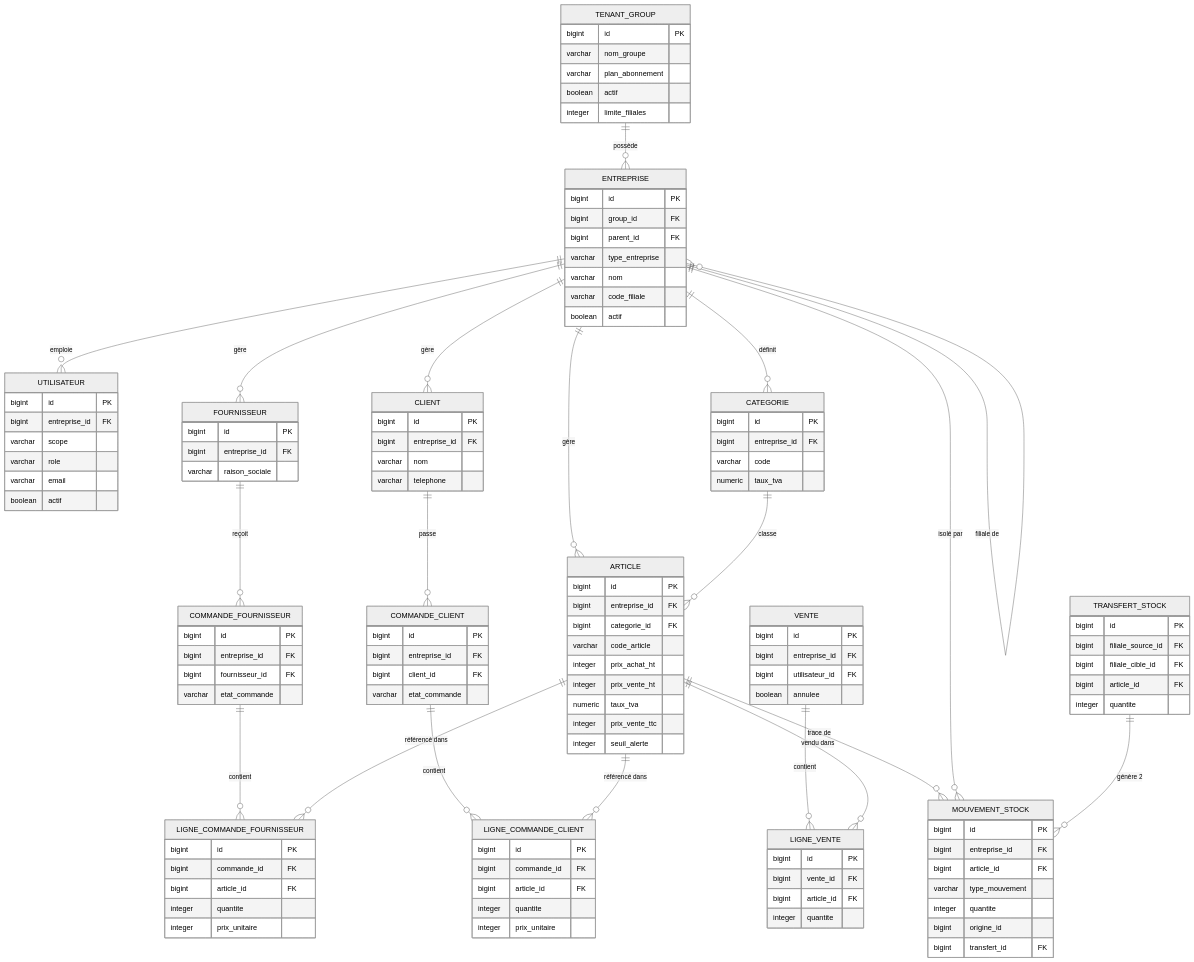
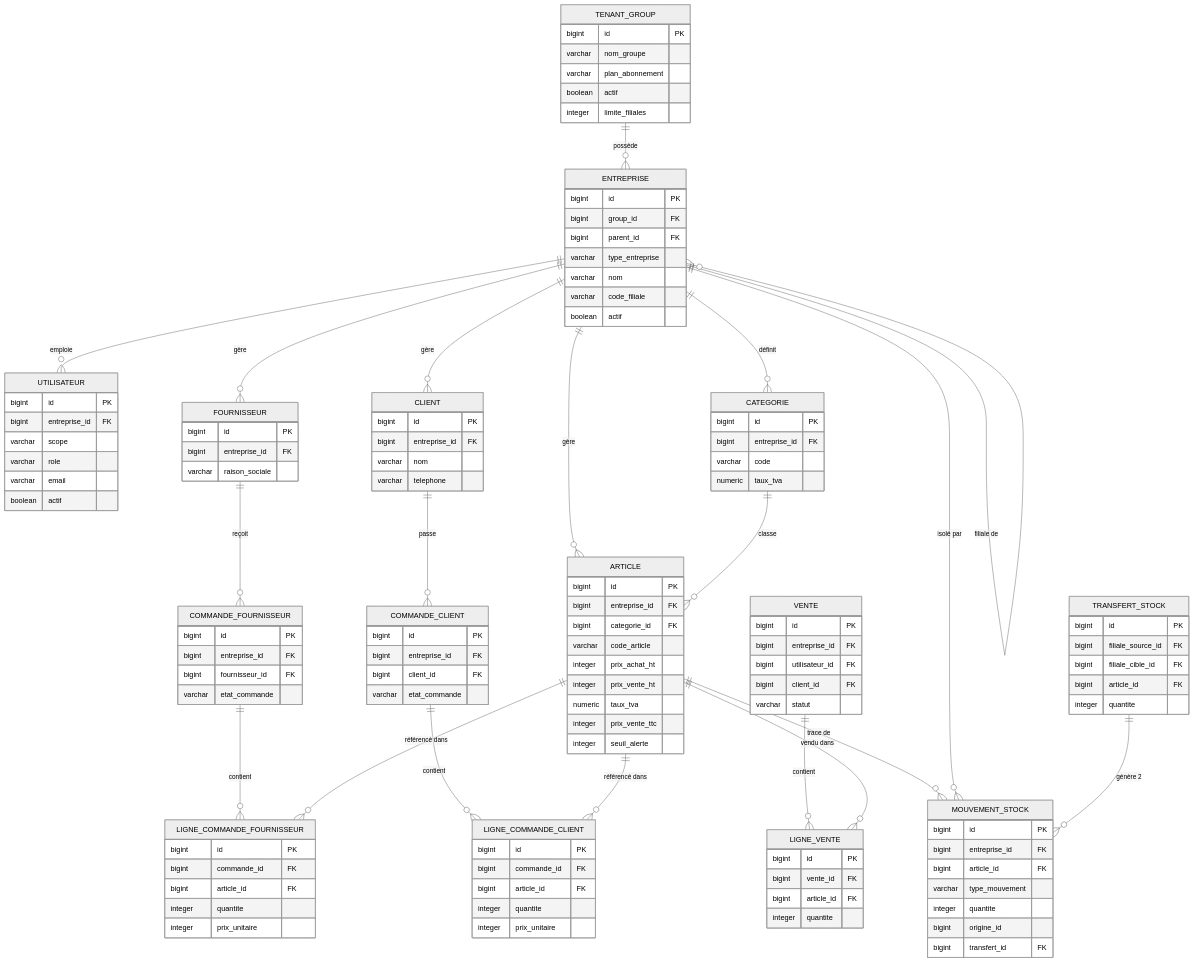
The first of 3 diagrams in document/01-architecture/CDCT_StockMaster_CM_Complet_Sections22-30.md (ulruchdev/gestion_de_stok_multifiliale), drawn with Mermaid (neutral theme) before and after one commit. The commit also changed other lines of this file and 23 other files, not shown here.

```diff
--- a/document/01-architecture/CDCT_StockMaster_CM_Complet_Sections22-30.md
+++ b/document/01-architecture/CDCT_StockMaster_CM_Complet_Sections22-30.md
@@ -775,7 +780,8 @@
         bigint id PK
         bigint entreprise_id FK
         bigint utilisateur_id FK
-        boolean annulee
+        bigint client_id FK
+        varchar statut
     }
 
     LIGNE_VENTE {
```
